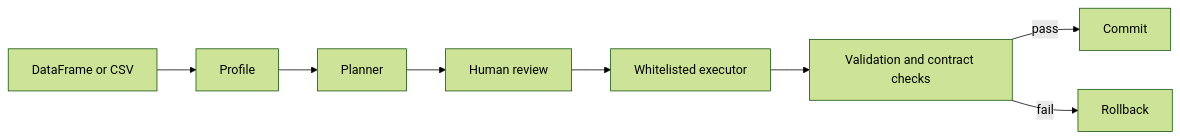
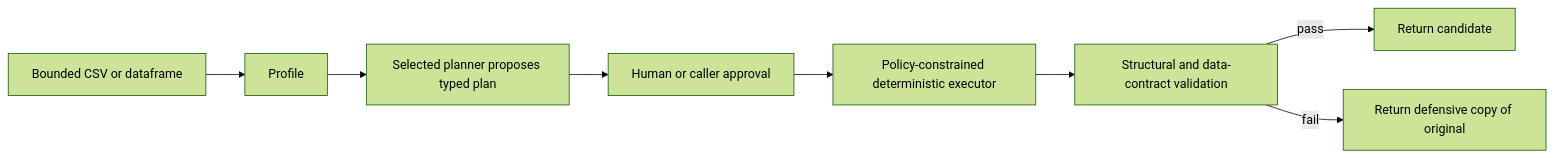
One commit to tengruiyu950126-bit/MAS-DS changed the diagram in README.md. Above: the diagram before and after it, drawn with Mermaid (forest theme). The commit also changed other lines of this file and 70 other files, not shown here.

First line of the commit message:
Harden deterministic preprocessing and publish schema-2 evaluation (#1)

````diff
--- a/README.md
+++ b/README.md
@@ -43,10 +103,10 @@
 ```mermaid
 flowchart LR
-    A[DataFrame or CSV] --> B[Profile]
-    B --> C[Planner]
-    C --> D[Human review]
-    D --> E[Whitelisted executor]
-    E --> F[Validation and contract checks]
-    F -->|pass| G[Commit]
-    F -->|fail| H[Rollback]
+    A[Bounded CSV or dataframe] --> B[Profile]
+    B --> C[Selected planner proposes typed plan]
+    C --> D[Human or caller approval]
+    D --> E[Policy-constrained deterministic executor]
+    E --> F[Structural and data-contract validation]
+    F -->|pass| G[Return candidate]
+    F -->|fail| H[Return defensive copy of original]
 ```
````
